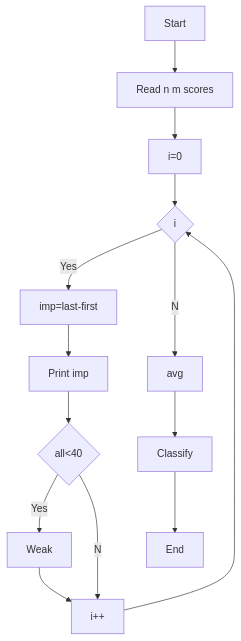
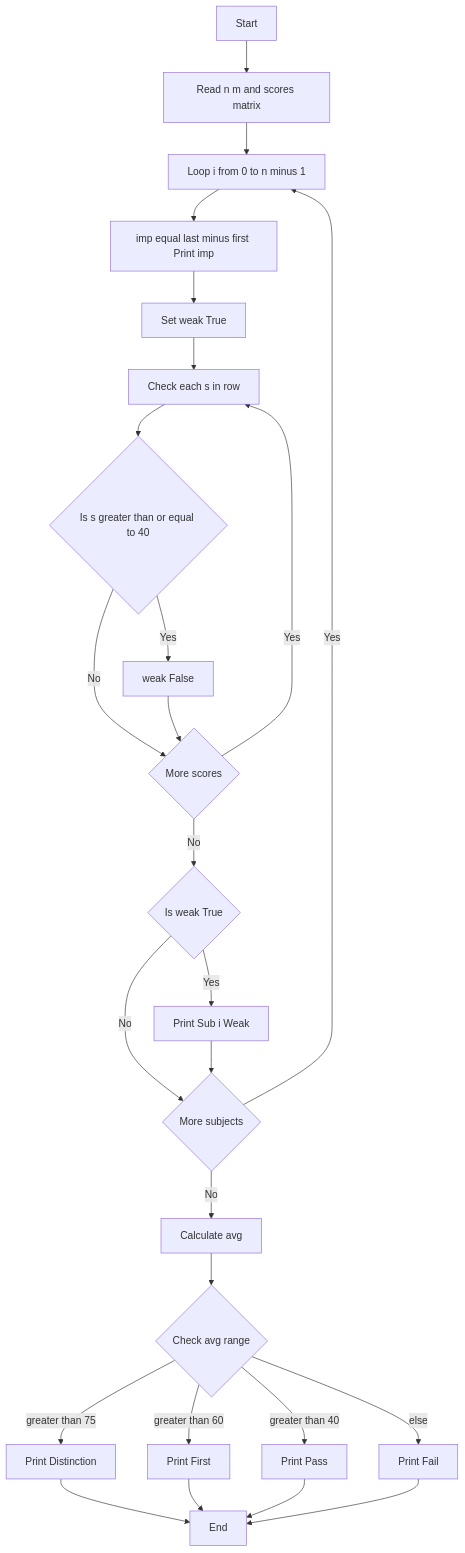
One commit to bhanusritirumala709-source/python-activity-Based-learning changed the diagram in task6/code.md. Above: the diagram before and after it, drawn with Mermaid. The commit also changed other lines of this file, not shown here.

````diff
--- a/task6/code.md
+++ b/task6/code.md
@@ -6,16 +31,28 @@
 ```mermaid
 flowchart TD
-    A[Start]-->B[Read n m scores]
-    B-->C[i=0]
-    C-->D{i<n}
-    D--Yes-->E[imp=last-first]
-    E-->F[Print imp]
-    F-->G{all<40}
-    G--Yes-->H[Weak]
-    G--No-->I[i++]
-    H-->I
-    I-->D
-    D--No-->J[avg]
-    J-->K[Classify]
-    K-->L[End]
+    A[Start] --> B[Read n m and scores matrix]
+    B --> C[Loop i from 0 to n minus 1]
+    C --> D[imp equal last minus first Print imp]
+    D --> E[Set weak True]
+    E --> F[Check each s in row]
+    F --> G{Is s greater than or equal to 40}
+    G -- Yes --> H[weak False]
+    G -- No --> I{More scores}
+    H --> I
+    I -- Yes --> F
+    I -- No --> J{Is weak True}
+    J -- Yes --> K[Print Sub i Weak]
+    J -- No --> L{More subjects}
+    K --> L
+    L -- Yes --> C
+    L -- No --> M[Calculate avg]
+    M --> N{Check avg range}
+    N -- greater than 75 --> O[Print Distinction]
+    N -- greater than 60 --> P[Print First]
+    N -- greater than 40 --> Q[Print Pass]
+    N -- else --> R[Print Fail]
+    O --> S[End]
+    P --> S
+    Q --> S
+    R --> S
 ```
````
